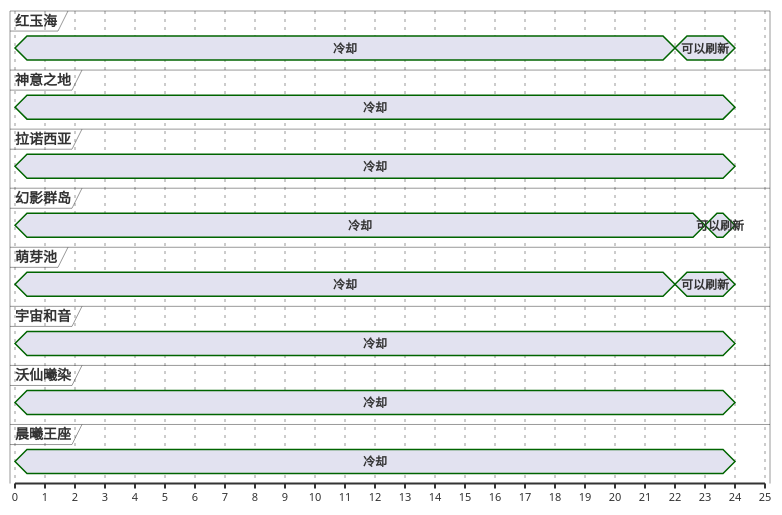
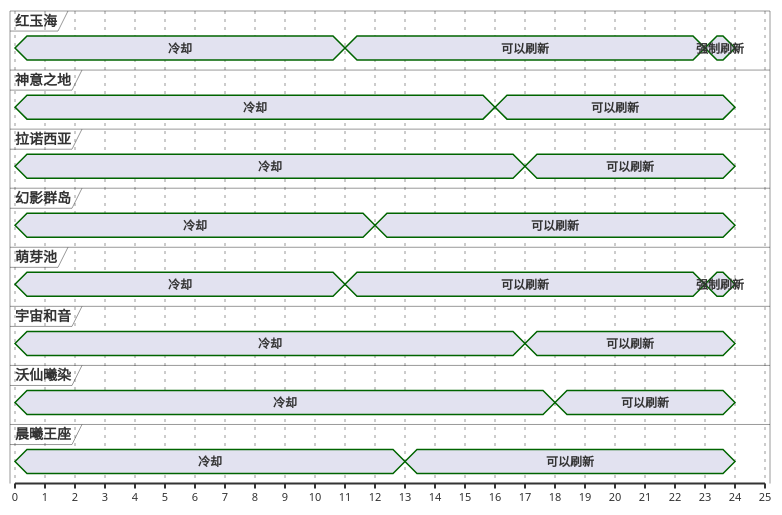
Before and after one commit to Eroleice/doc-pi: the first of 13 diagrams in ffxiv/hunt/2.0/Lampalagua.md, drawn with PlantUML. The commit also changed other lines of this file and 38 other files, not shown here.

````diff
--- a/ffxiv/hunt/2.0/Lampalagua.md
+++ b/ffxiv/hunt/2.0/Lampalagua.md
@@ -33,50 +33,57 @@
 ```plantuml
 @startuml
 scale 1 as 30 pixels
 
 concise 红玉海
 concise 神意之地
 concise 拉诺西亚
 concise 幻影群岛
 concise 萌芽池
 concise 宇宙和音
 concise 沃仙曦染
 concise 晨曦王座
 
 @萌芽池
 0 is 冷却
-22 is 可以刷新
+11 is 可以刷新
+23 is 强制刷新
 24 is {hidden}
 
 @红玉海
 0 is 冷却
-22 is 可以刷新
+11 is 可以刷新
+23 is 强制刷新
 24 is {hidden}
 
 @幻影群岛
 0 is 冷却
-23 is 可以刷新
+12 is 可以刷新
 24 is {hidden}
 
 @拉诺西亚
 0 is 冷却
+17 is 可以刷新
 24 is {hidden}
 
 @宇宙和音
 0 is 冷却
+17 is 可以刷新
 24 is {hidden}
 
 @晨曦王座
 0 is 冷却
+13 is 可以刷新
 24 is {hidden}
 
 @神意之地
 0 is 冷却
+16 is 可以刷新
 24 is {hidden}
 
 @沃仙曦染
 0 is 冷却
+18 is 可以刷新
 24 is {hidden}
 
 @enduml
 ```
````
